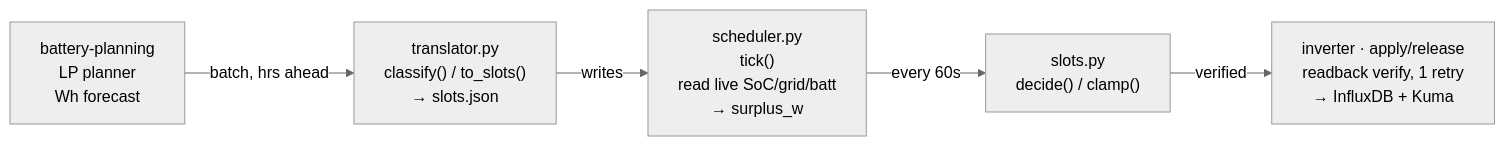
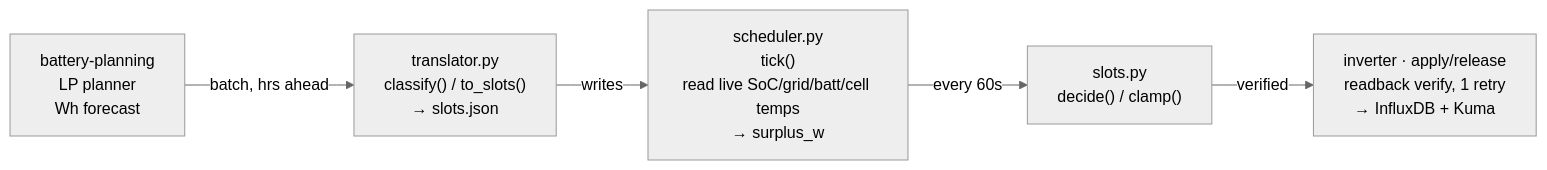
One commit to sandeepthukral/alphaess-collector changed the first of 3 diagrams in docs/DISPATCH-FLOW.md. Above: the diagram before and after it, drawn with Mermaid (neutral theme). The commit also changed other lines of this file and 11 other files, not shown here.

````diff
--- a/docs/DISPATCH-FLOW.md
+++ b/docs/DISPATCH-FLOW.md
@@ -10,7 +10,7 @@
 ```mermaid
 flowchart LR
     P["battery-planning<br/>LP planner<br/>Wh forecast"] -->|batch, hrs ahead| T
     T["translator.py<br/>classify() / to_slots()<br/>→ slots.json"] -->|writes| S
-    S["scheduler.py<br/>tick()<br/>read live SoC/grid/batt<br/>→ surplus_w"] -->|every 60s| D
+    S["scheduler.py<br/>tick()<br/>read live SoC/grid/batt/cell temps<br/>→ surplus_w"] -->|every 60s| D
     D["slots.py<br/>decide() / clamp()"] -->|verified| I["inverter · apply/release<br/>readback verify, 1 retry<br/>→ InfluxDB + Kuma"]
 ```
````
